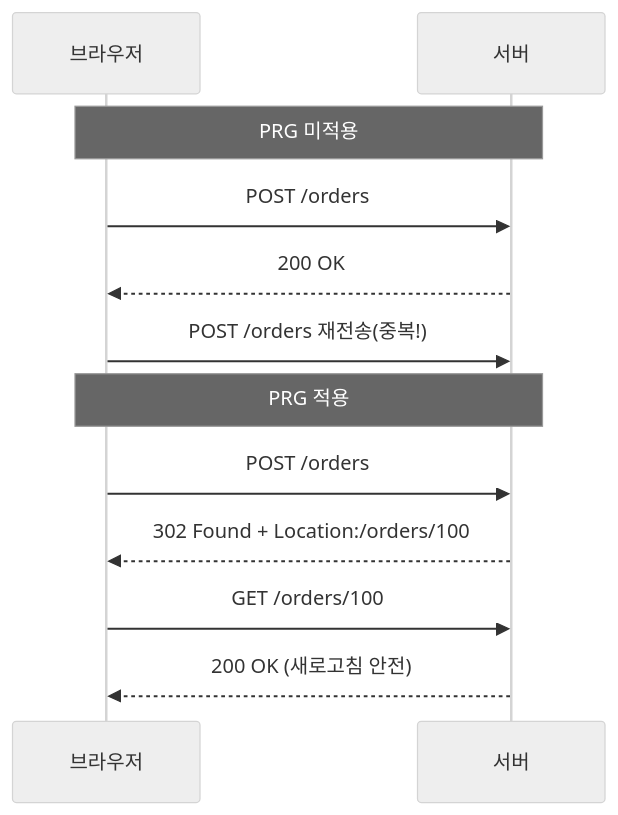
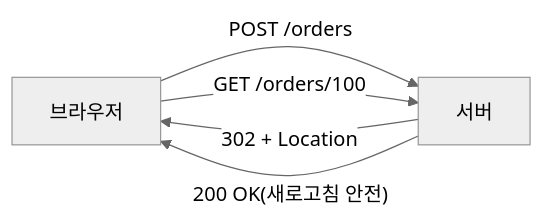
Before and after one commit to yjkim2015/yjkim2015.github.io: the third of 4 diagrams in _posts/http/2021-01-14-http-4.md, drawn with Mermaid (neutral theme). The commit also changed 50 other files, not shown here.

First line of the commit message:
stateDiagram 11개 graph LR 변환 + 테이블 빈 셀 17개 수정

````diff
--- a/_posts/http/2021-01-14-http-4.md
+++ b/_posts/http/2021-01-14-http-4.md
@@ -148,14 +148,7 @@
 ```mermaid
-sequenceDiagram
-    participant C as 브라우저
-    participant S as 서버
-    Note over C,S: PRG 미적용
-    C->>S: POST /orders
-    S-->>C: 200 OK
-    C->>S: POST /orders 재전송(중복!)
-    Note over C,S: PRG 적용
-    C->>S: POST /orders
-    S-->>C: 302 Found + Location:/orders/100
-    C->>S: GET /orders/100
-    S-->>C: 200 OK (새로고침 안전)
+graph LR
+    C["브라우저"] -->|"POST /orders"| S["서버"]
+    S -->|"302 + Location"| C
+    C -->|"GET /orders/100"| S
+    S -->|"200 OK(새로고침 안전)"| C
 ```
````
